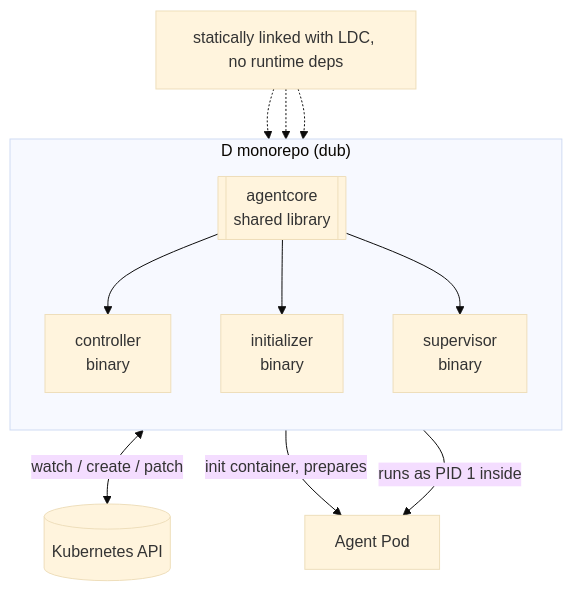
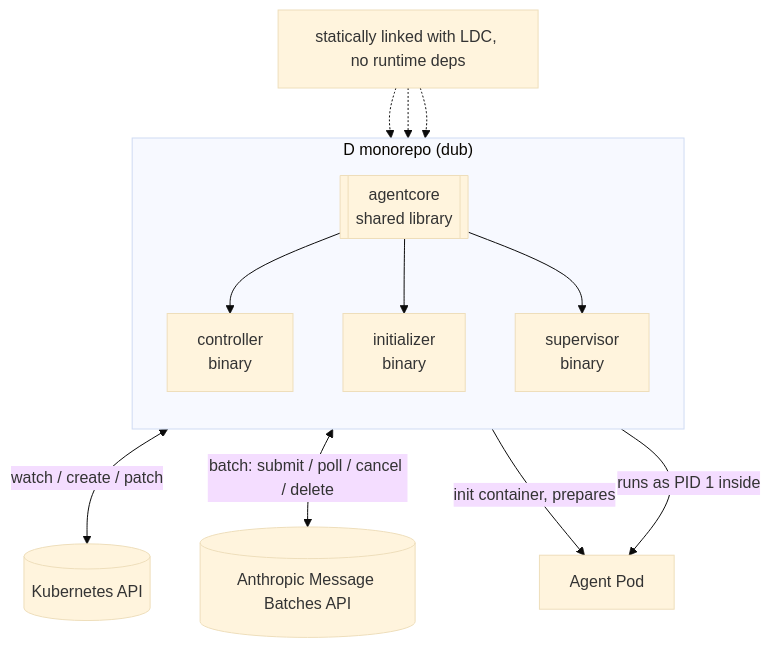
Before and after one commit to re-cinq/ai-agent-subsystem: the diagram in website/src/content/docs/concepts/architecture.md, drawn with Mermaid (base theme). The commit also changed other lines of this file and 68 other files, not shown here.

First line of the commit message:
feat(controller): batch execution via Anthropic Message Batches

````diff
--- a/website/src/content/docs/concepts/architecture.md
+++ b/website/src/content/docs/concepts/architecture.md
@@ -10,20 +10,21 @@
 ```mermaid
 flowchart TB
     subgraph MONO["D monorepo (dub)"]
         direction TB
         CORE[["agentcore<br/>shared library"]]
         CTRL["controller<br/>binary"]
         INIT["initializer<br/>binary"]
         SUP["supervisor<br/>binary"]
         CORE --> CTRL
         CORE --> INIT
         CORE --> SUP
     end
 
     CTRL <-->|watch / create / patch| K8S[("Kubernetes API")]
+    CTRL <-->|"batch: submit / poll / cancel / delete"| BATCH[("Anthropic Message Batches API")]
     INIT -->|init container, prepares| POD["Agent Pod"]
     SUP -->|runs as PID 1 inside| POD
     STATIC["statically linked with LDC, no runtime deps"] -.-> CTRL
     STATIC -.-> INIT
     STATIC -.-> SUP
 ```
````
